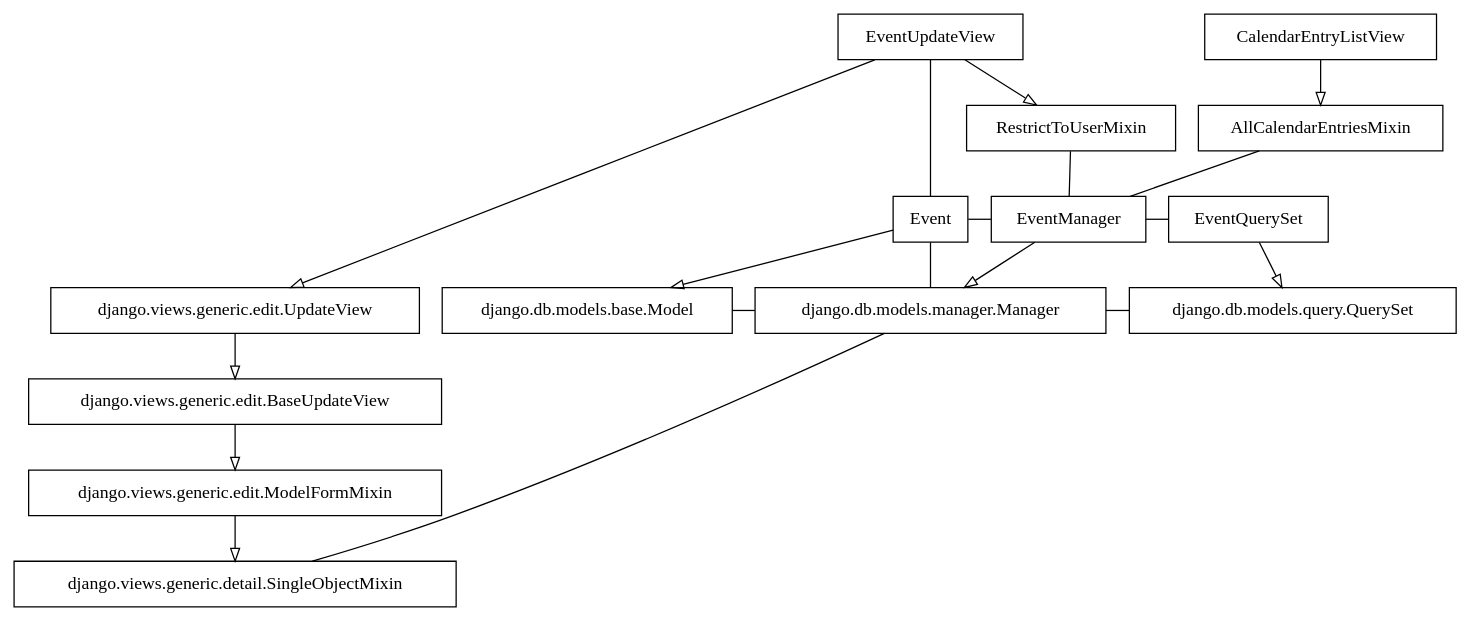
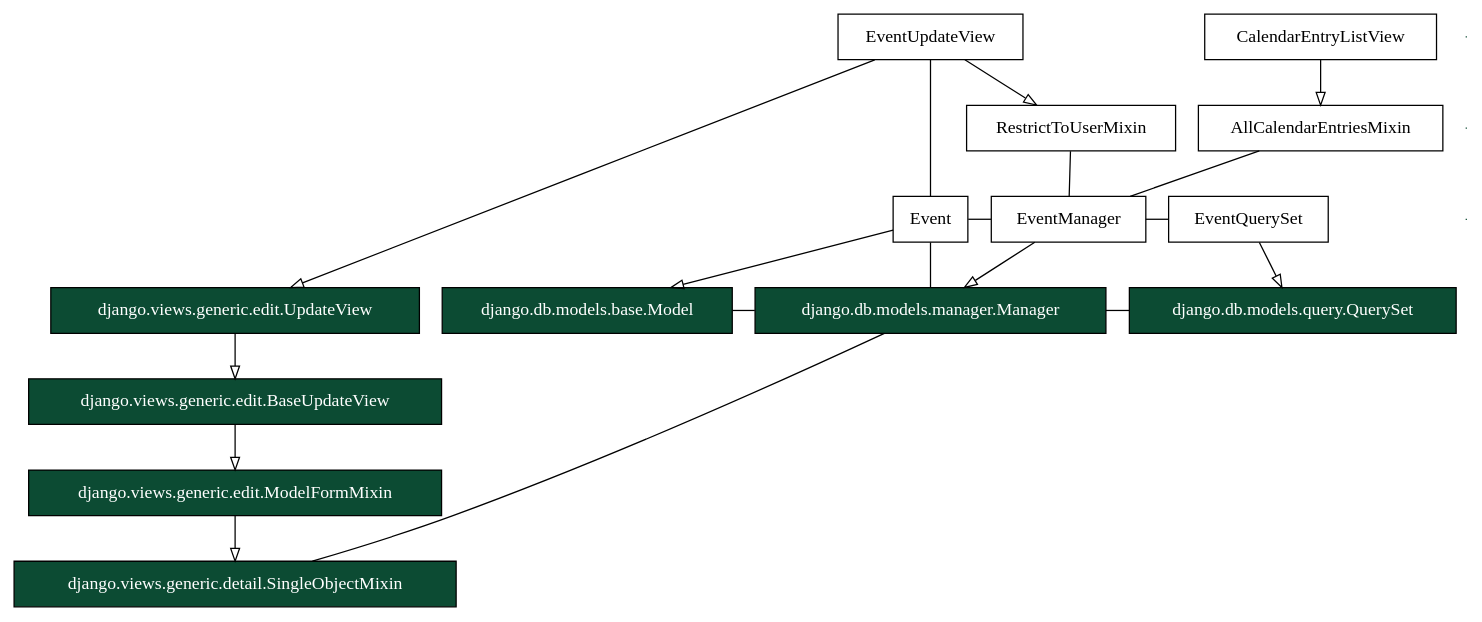
Before and after one commit to Mischback/django-calingen: the diagram in docs/source/includes/permission_system.dot, drawn with Graphviz. The commit also changed 1 other file, not shown here.

Commit message:
Apply color to Django components in graphviz

```diff
--- a/docs/source/includes/permission_system.dot
+++ b/docs/source/includes/permission_system.dot
@@ -1,87 +1,91 @@
   digraph event_crud {
     node [
       shape="rect",
     ]
 
     "calingen.models.event.Event" [
       label="Event",
     ];
     "calingen.models.event.EventManager" [
       label="EventManager",
     ];
     "calingen.models.event.EventQuerySet" [
       label="EventQuerySet",
     ];
 
     "calingen.views.event.EventUpdateView" [
       label="EventUpdateView",
     ];
     "calingen.views.web.CalendarEntryListView" [
       label="CalendarEntryListView",
     ];
 
     "calingen.views.mixins.RestrictToUserMixin" [
       label="RestrictToUserMixin",
     ];
     "calingen.views.mixins.AllCalendarEntriesMixin" [
       label="AllCalendarEntriesMixin",
     ];
 
-
+    node [
+      fontcolor="#FFFFFF",
+      fillcolor="#0C4B33",
+      style="filled",
+    ];
     "django.db.models.manager.Manager";
     "django.db.models.query.QuerySet";
     "django.db.models.base.Model";
     "django.views.generic.edit.UpdateView";
     "django.views.generic.edit.BaseUpdateView";
     "django.views.generic.edit.ModelFormMixin";
     "django.views.generic.detail.SingleObjectMixin";
 
     node[shape=none, width=0, height=0, label=""];
     hierarchy_1 -> hierarchy_2 -> hierarchy_3 [style="invis"];
 
     {
       rank="same";
       "calingen.views.mixins.RestrictToUserMixin";
       "calingen.views.mixins.AllCalendarEntriesMixin";
     }
     {
       rank="same";
       "django.db.models.manager.Manager";
       "django.db.models.query.QuerySet";
       "django.db.models.base.Model";
       "django.views.generic.edit.UpdateView";
     }
 
     {
       rank="same";
       "calingen.models.event.Event";
       "calingen.models.event.EventManager";
       "calingen.models.event.EventQuerySet";
     }
 
     edge [
       arrowhead="none",
       weight=0,
     ]
     "calingen.models.event.Event" -> "calingen.models.event.EventManager" [weight=100];
     "calingen.models.event.Event" -> "django.db.models.manager.Manager" [weight=100];
     "calingen.models.event.EventManager" -> "calingen.models.event.EventQuerySet" [weight=100];
     "django.db.models.base.Model" -> "django.db.models.manager.Manager" [weight=100];
     "django.db.models.manager.Manager" -> "django.db.models.query.QuerySet" [weight=100];
     "calingen.views.event.EventUpdateView" -> "calingen.models.event.Event" [weight=100];
     "calingen.views.mixins.RestrictToUserMixin" -> "calingen.models.event.EventManager";
     "calingen.views.mixins.AllCalendarEntriesMixin" -> "calingen.models.event.EventManager";
     "django.views.generic.detail.SingleObjectMixin" -> "django.db.models.manager.Manager";
 
     edge [
       arrowhead="empty",
       weight=1,
     ]
     "calingen.models.event.Event" -> "django.db.models.base.Model";
     "calingen.models.event.EventManager" -> "django.db.models.manager.Manager";
     "calingen.models.event.EventQuerySet" -> "django.db.models.query.QuerySet";
     "calingen.views.event.EventUpdateView" -> "calingen.views.mixins.RestrictToUserMixin";
     "calingen.views.event.EventUpdateView" -> "django.views.generic.edit.UpdateView";
     "django.views.generic.edit.UpdateView" -> "django.views.generic.edit.BaseUpdateView" -> "django.views.generic.edit.ModelFormMixin" -> "django.views.generic.detail.SingleObjectMixin";
     "calingen.views.web.CalendarEntryListView" -> "calingen.views.mixins.AllCalendarEntriesMixin";
   }
```
